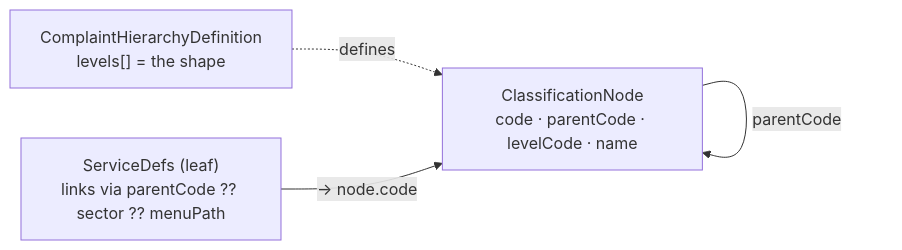
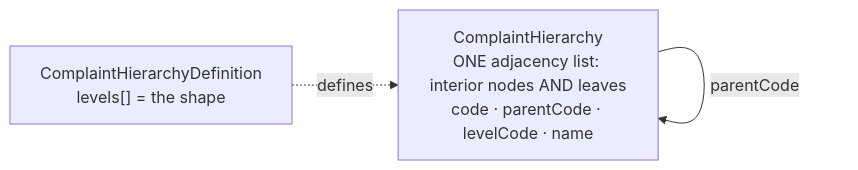
One commit to egovernments/Citizen-Complaint-Resolution-System changed the second of 5 diagrams in docs/complaint-hierarchy-feature.md. Above: the diagram before and after it, drawn with Mermaid. The commit also changed other lines of this file and 2 other files, not shown here.

Commit message:
docs: complaint hierarchy feature + design + rework plan

````diff
--- a/docs/complaint-hierarchy-feature.md
+++ b/docs/complaint-hierarchy-feature.md
@@ -49,6 +51,5 @@
 ```mermaid
 flowchart LR
   DEF["ComplaintHierarchyDefinition<br/>levels[] = the shape"] -. defines .-> NODE
-  NODE["ClassificationNode<br/>code · parentCode · levelCode · name"] -->|parentCode| NODE
-  SD["ServiceDefs (leaf)<br/>links via parentCode ?? sector ?? menuPath"] -->|→ node.code| NODE
+  NODE["ComplaintHierarchy<br/>ONE adjacency list: interior nodes AND leaves<br/>code · parentCode · levelCode · name"] -->|parentCode| NODE
 ```
````
